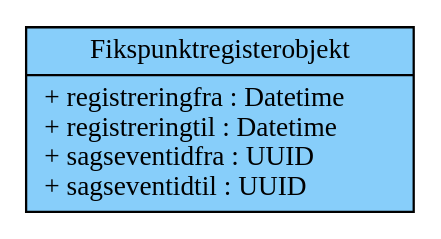
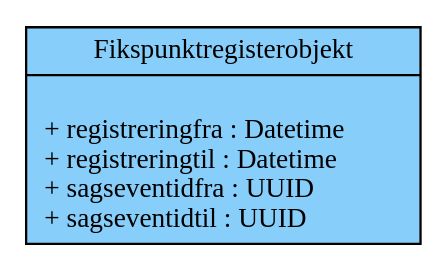
The first of 5 diagrams in docs/datamodel.rst (SDFIdk/FIRE), drawn with Graphviz before and after one commit. The commit also changed other lines of this file, not shown here.

Commit message:
Venstrejuster alle feltnavne i figurer

```diff
--- a/docs/datamodel.rst
+++ b/docs/datamodel.rst
@@ -32,20 +32,20 @@
 .. graphviz::
     :name: Fikspunktregisterobjekt
     :caption: Fikspunktregisterobjektet - det grundliggende object i FIRE
     :align: center
 
         digraph "Fikspunktregisterobjekt" {
             node [shape=record, fontname="Verdana", fontsize="12"];
             graph [splines=ortho];
 
             Fikspunktregisterobjekt [
                 fillcolor = lightskyblue
                 style = filled
-                label = "{Fikspunktregisterobjekt|
+                label = "{Fikspunktregisterobjekt|\l
                         + registreringfra : Datetime\l
                         + registreringtil : Datetime\l
                         + sagseventidfra : UUID\l
                         + sagseventidtil : UUID\l
                 }"
             ]
         }
```
